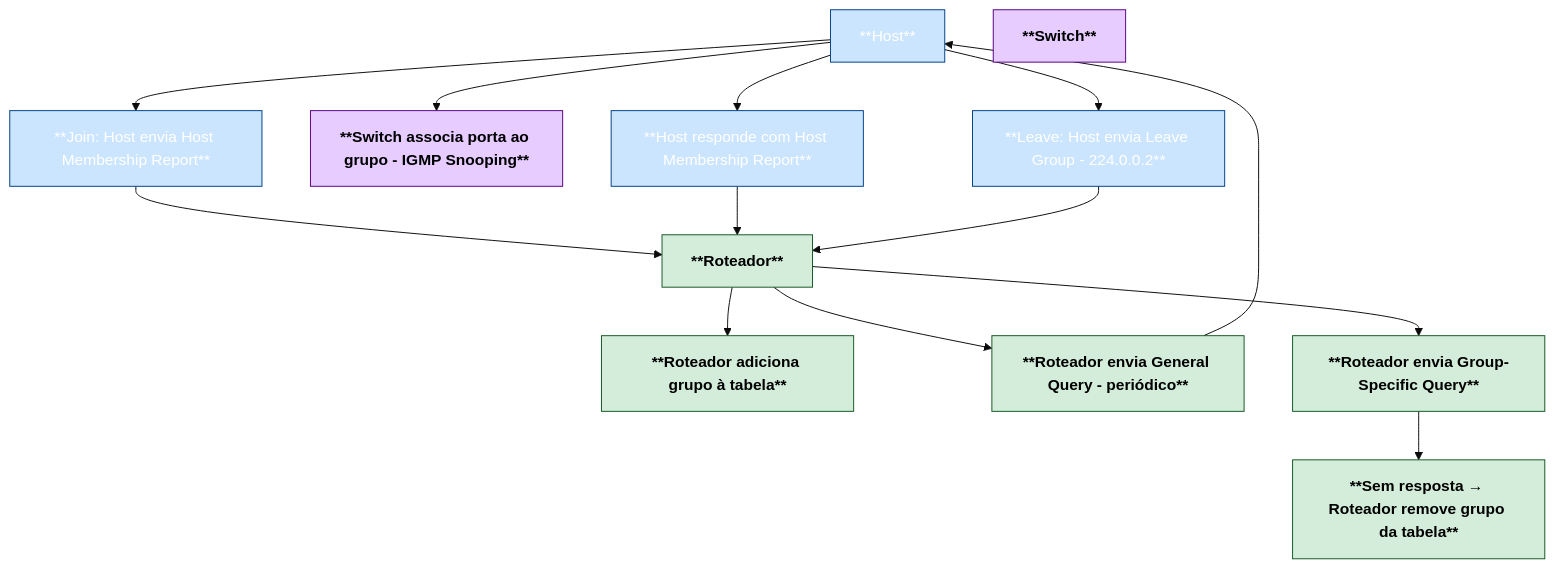
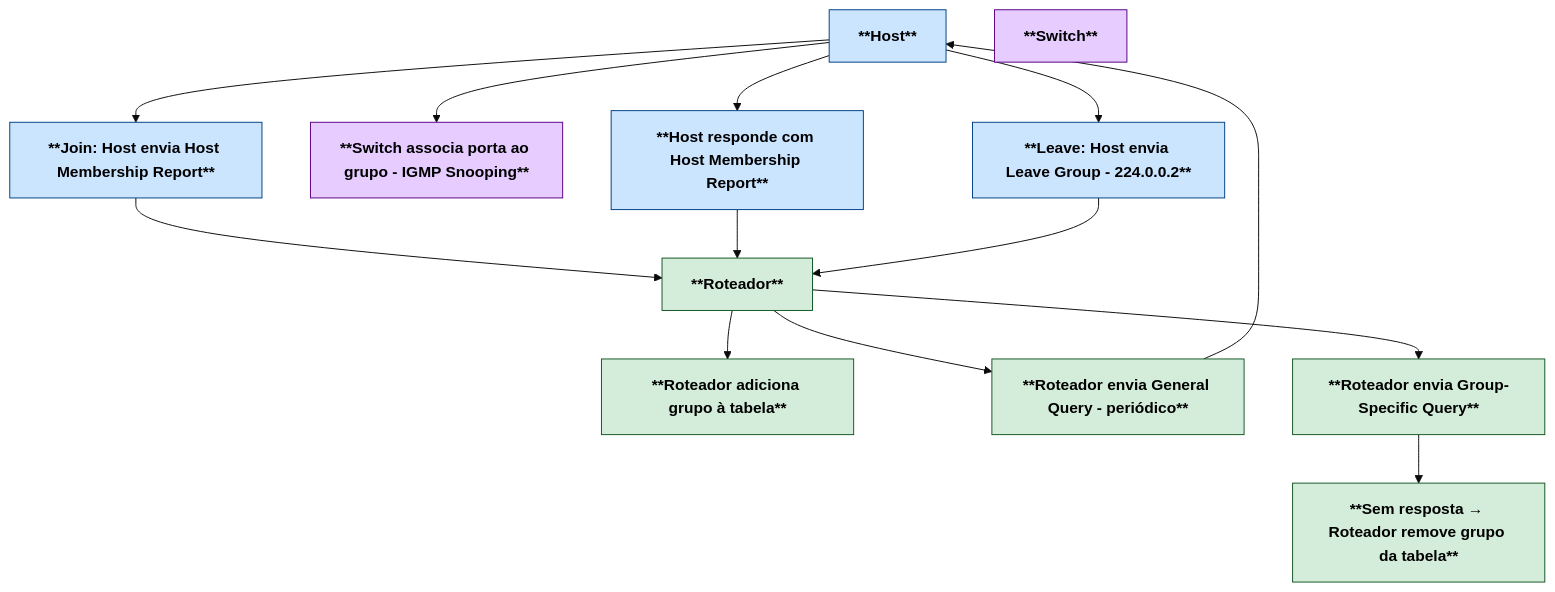
One commit to alcancil/Cisco changed the second of 3 diagrams in CCNP 350-401 ENCOR/03 - Infrastructure/01 - Multicast/02 - IGMP/README.md. Above: the diagram before and after it, drawn with Mermaid (base theme). The commit also changed other lines of this file, not shown here.

````diff
--- a/CCNP 350-401 ENCOR/03 - Infrastructure/01 - Multicast/02 - IGMP/README.md
+++ b/CCNP 350-401 ENCOR/03 - Infrastructure/01 - Multicast/02 - IGMP/README.md
@@ -136,30 +136,30 @@
 ```mermaid
 flowchart TD
 
     %% --- Definição dos nós ---
     H[**Host**]:::host
     S[**Switch**]:::switch
     R[**Roteador**]:::router
 
     J1[**Join: Host envia Host Membership Report**]:::host
     J2[**Roteador adiciona grupo à tabela**]:::router
     J3[**Switch associa porta ao grupo - IGMP Snooping**]:::switch
 
     M1[**Roteador envia General Query - periódico**]:::router
     M2[**Host responde com Host Membership Report**]:::host
 
     L1[**Leave: Host envia Leave Group - 224.0.0.2**]:::host
     L2[**Roteador envia Group-Specific Query**]:::router
     L3[**Sem resposta → Roteador remove grupo da tabela**]:::router
 
     %% --- Conexões ---
     H --> J1 --> R --> J2
     H --> J3
     R --> M1 --> H --> M2 --> R
     H --> L1 --> R --> L2 --> L3
 
     %% --- Estilos ---
-    classDef host fill:#cce5ff,stroke:#004085,color:#ffffff
+    classDef host fill:#cce5ff,stroke:#004085,color:#000,font-weight:bold;
     classDef switch fill:#e6ccff,stroke:#5a0085,color:#000,font-weight:bold;
     classDef router fill:#d4edda,stroke:#155724,color:#000,font-weight:bold;
 ```
````
